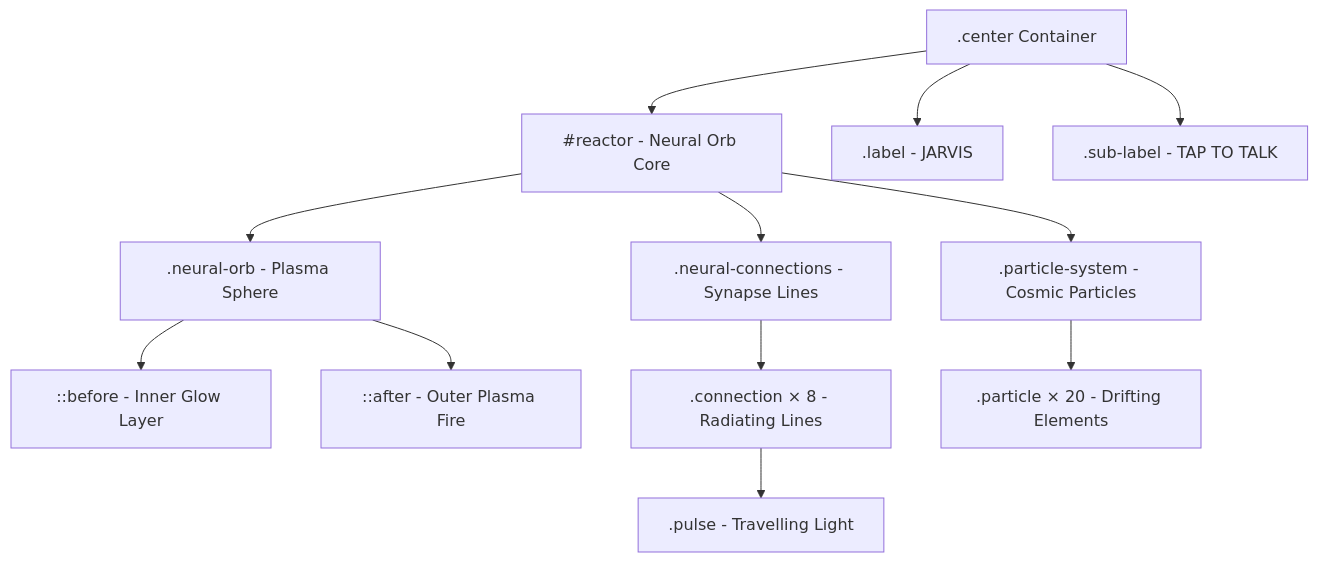
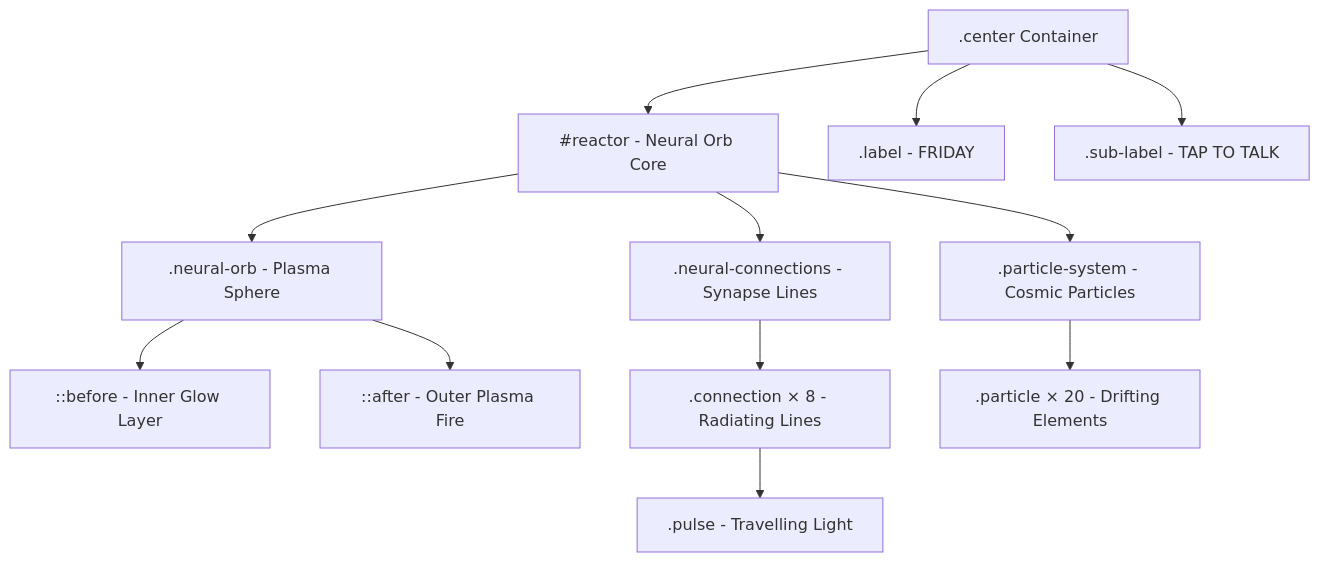
One commit to Eniyadharsan/Firday-AI changed the first of 2 diagrams in .kiro/specs/neural-orb-redesign/design.md. Above: the diagram before and after it, drawn with Mermaid. The commit also changed other lines of this file and 98 other files, not shown here.

First line of the commit message:
refactor: rebrand JARVIS to FRIDAY across entire codebase

````diff
--- a/.kiro/specs/neural-orb-redesign/design.md
+++ b/.kiro/specs/neural-orb-redesign/design.md
@@ -21,14 +21,14 @@
 ```mermaid
 graph TD
     A[.center Container] --> B[#reactor - Neural Orb Core]
-    A --> C[.label - JARVIS]
+    A --> C[.label - FRIDAY]
     A --> D[.sub-label - TAP TO TALK]
     B --> E[.neural-orb - Plasma Sphere]
     B --> F[.neural-connections - Synapse Lines]
     B --> G[.particle-system - Cosmic Particles]
     E --> E1[::before - Inner Glow Layer]
     E --> E2[::after - Outer Plasma Fire]
     F --> F1[.connection × 8 - Radiating Lines]
     F1 --> F2[.pulse - Travelling Light]
     G --> G1[.particle × 20 - Drifting Elements]
 ```
````
